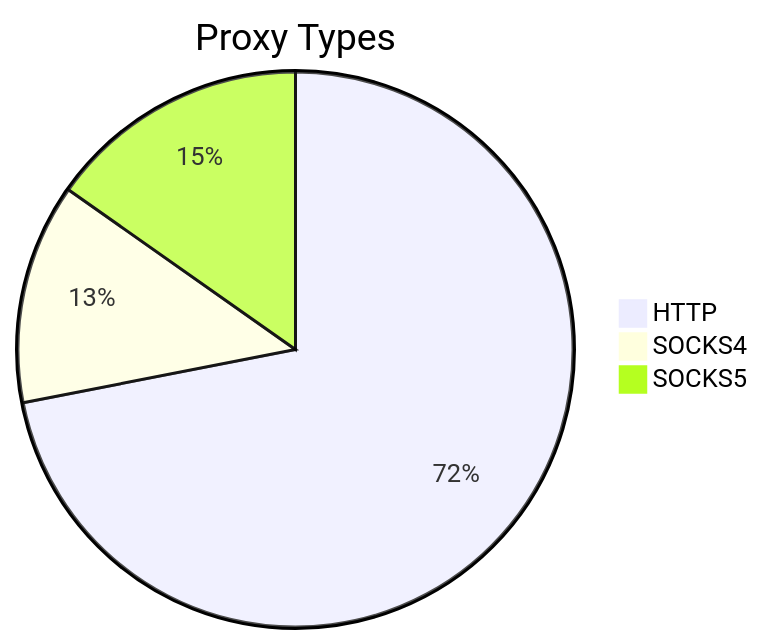
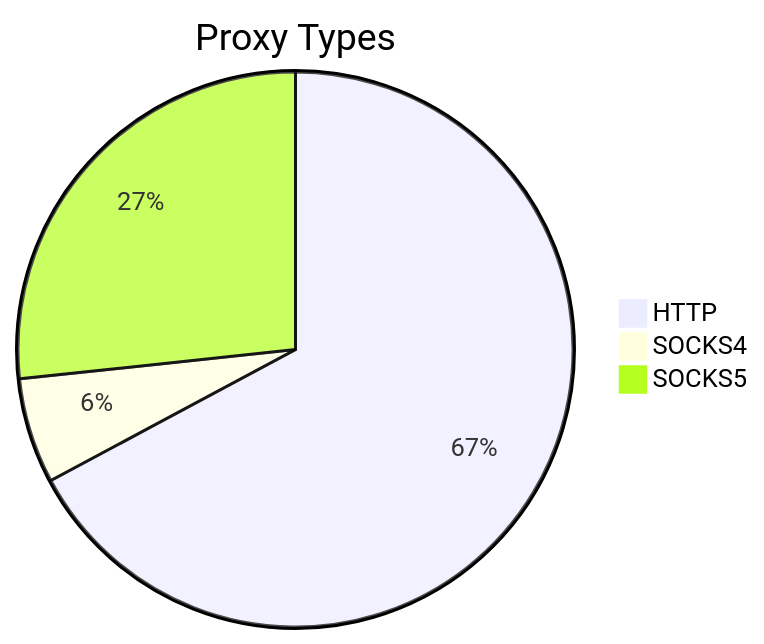
Before and after one commit to stormsia/proxy-list: the first of 2 diagrams in README.md, drawn with Mermaid. The commit also changed other lines of this file, not shown here.

````diff
--- a/README.md
+++ b/README.md
@@ -21,6 +21,6 @@
 ```mermaid
 pie title Proxy Types
-    "HTTP" : 269
-    "SOCKS4" : 48
-    "SOCKS5" : 57
+    "HTTP" : 219
+    "SOCKS4" : 20
+    "SOCKS5" : 87
 ```
````
